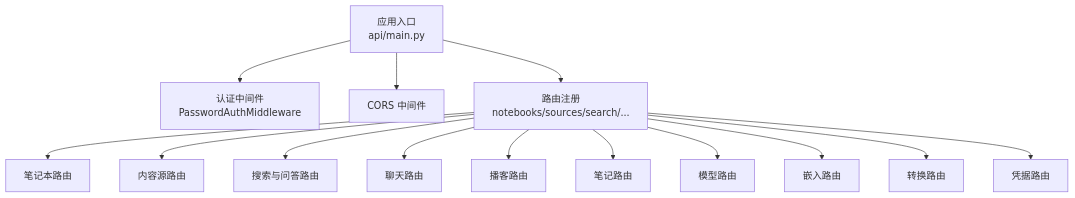
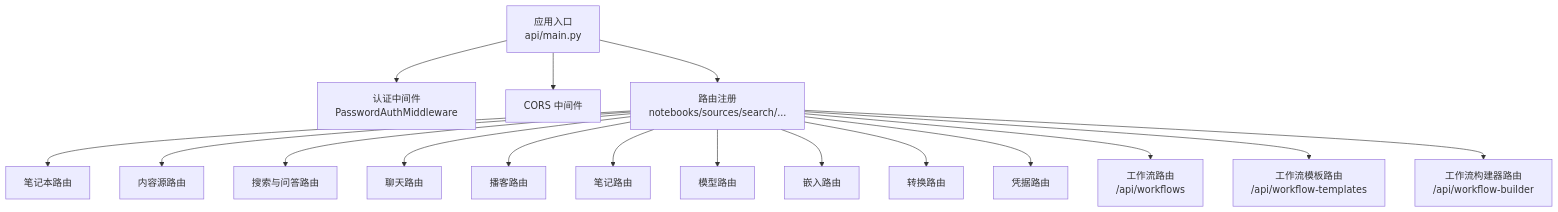
One commit to jackeyunjie/open-notebook changed the first of 4 diagrams in .qoder/repowiki/zh/content/API参考文档/API参考文档.md. Above: the diagram before and after it, drawn with Mermaid. The commit also changed other lines of this file and 24 other files, not shown here.

````diff
--- a/.qoder/repowiki/zh/content/API参考文档/API参考文档.md
+++ b/.qoder/repowiki/zh/content/API参考文档/API参考文档.md
@@ -50,16 +56,19 @@
 ```mermaid
 graph TB
 A["应用入口<br/>api/main.py"] --> B["认证中间件<br/>PasswordAuthMiddleware"]
 A --> C["CORS 中间件"]
 A --> D["路由注册<br/>notebooks/sources/search/..."]
 D --> D1["笔记本路由"]
 D --> D2["内容源路由"]
 D --> D3["搜索与问答路由"]
 D --> D4["聊天路由"]
 D --> D5["播客路由"]
 D --> D6["笔记路由"]
 D --> D7["模型路由"]
 D --> D8["嵌入路由"]
 D --> D9["转换路由"]
 D --> D10["凭据路由"]
+D --> D11["工作流路由<br/>/api/workflows"]
+D --> D12["工作流模板路由<br/>/api/workflow-templates"]
+D --> D13["工作流构建器路由<br/>/api/workflow-builder"]
 ```
````
